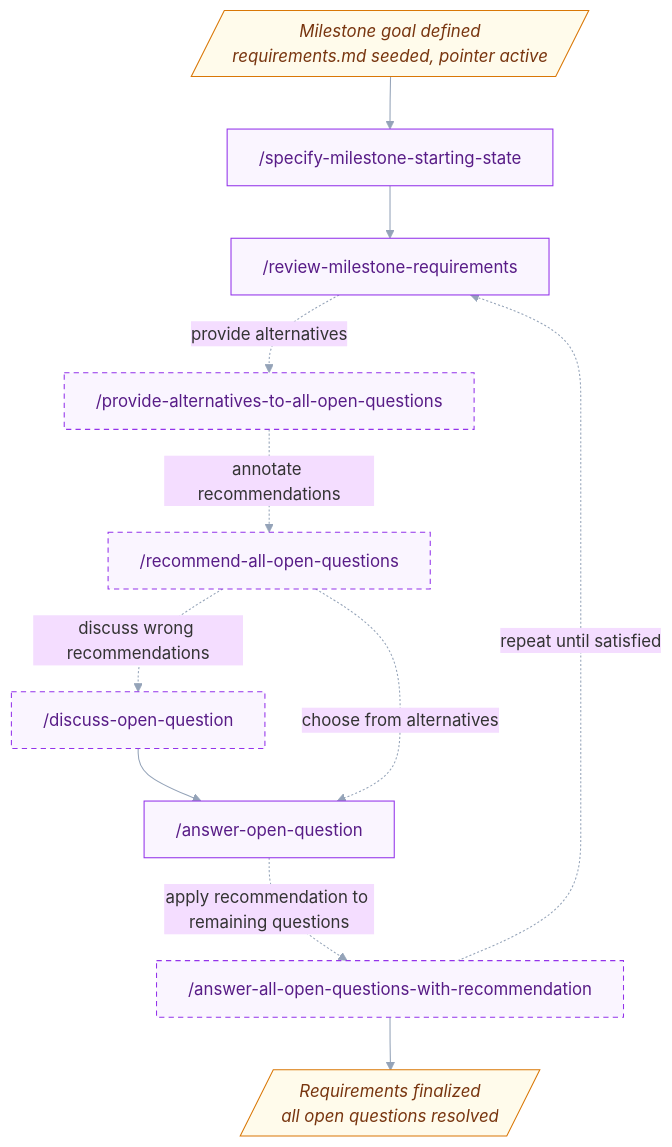
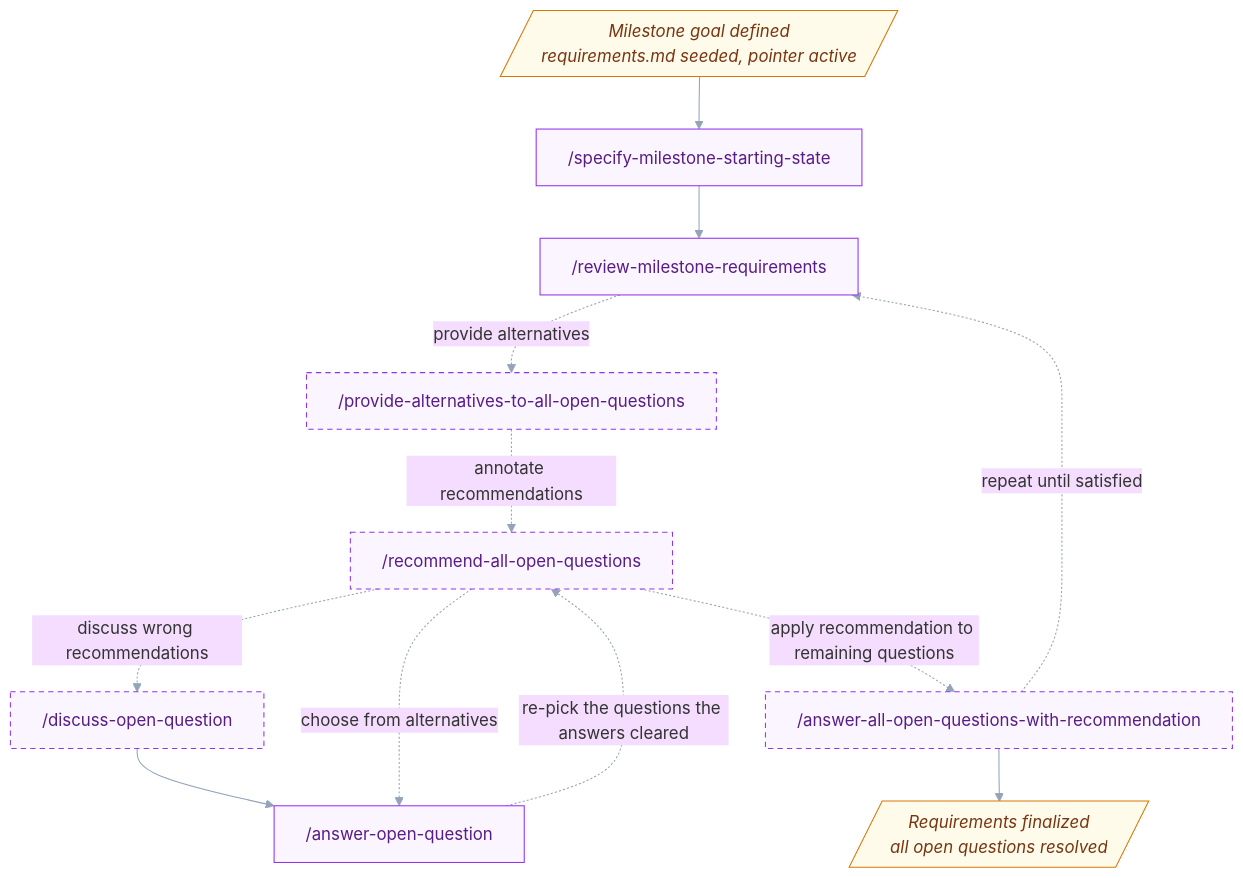
Before and after one commit to uHappyLogic/cairn: the third of 6 diagrams in docs/workflow.md, drawn with Mermaid. The commit also changed other lines of this file and 2 other files, not shown here.

Commit message:
benchmark metrics revisited

````diff
--- a/docs/workflow.md
+++ b/docs/workflow.md
@@ -57,33 +57,34 @@
 ```mermaid
 %%{init: {'theme':'base','themeVariables':{'fontFamily':'ui-sans-serif, system-ui','lineColor':'#94a3b8','primaryBorderColor':'#475569'},'flowchart':{'wrappingWidth':9999,'curve':'basis'}}}%%
 flowchart TD
     D1[/"Milestone goal defined<br/>requirements.md seeded, pointer active"/]
     ITM0["/specify-milestone-starting-state"]
     ITM1["/review-milestone-requirements"]
     ITM2["/provide-alternatives-to-all-open-questions"]
     ITM3["/discuss-open-question"]
     ITM4["/answer-open-question"]
     ITM5["/recommend-all-open-questions"]
     ITM8["/answer-all-open-questions-with-recommendation"]
     D2[/"Requirements finalized<br/>all open questions resolved"/]
 
     D1 --> ITM0 --> ITM1
 
     ITM1 -.->|provide alternatives| ITM2
     ITM2 -.->|annotate recommendations| ITM5
     ITM5 -.->|discuss wrong recommendations| ITM3 --> ITM4
     ITM5 -.->|choose from alternatives| ITM4
 
-    ITM4 -.->|apply recommendation to remaining questions| ITM8
+    ITM4 -.->|re-pick the questions the answers cleared| ITM5
+    ITM5 -.->|apply recommendation to remaining questions| ITM8
 
     ITM8 -.->|repeat until satisfied| ITM1
 
     ITM8 --> D2
 
     classDef req fill:#faf5ff,stroke:#9333ea,color:#581c87;
     classDef optional stroke-dasharray:5 4;
     classDef state fill:#fffbeb,stroke:#d97706,color:#78350f,font-style:italic;
     class ITM0,ITM1,ITM2,ITM3,ITM4,ITM5,ITM8 req;
     class ITM2,ITM3,ITM5,ITM8 optional;
     class D1,D2 state;
 ```
````
